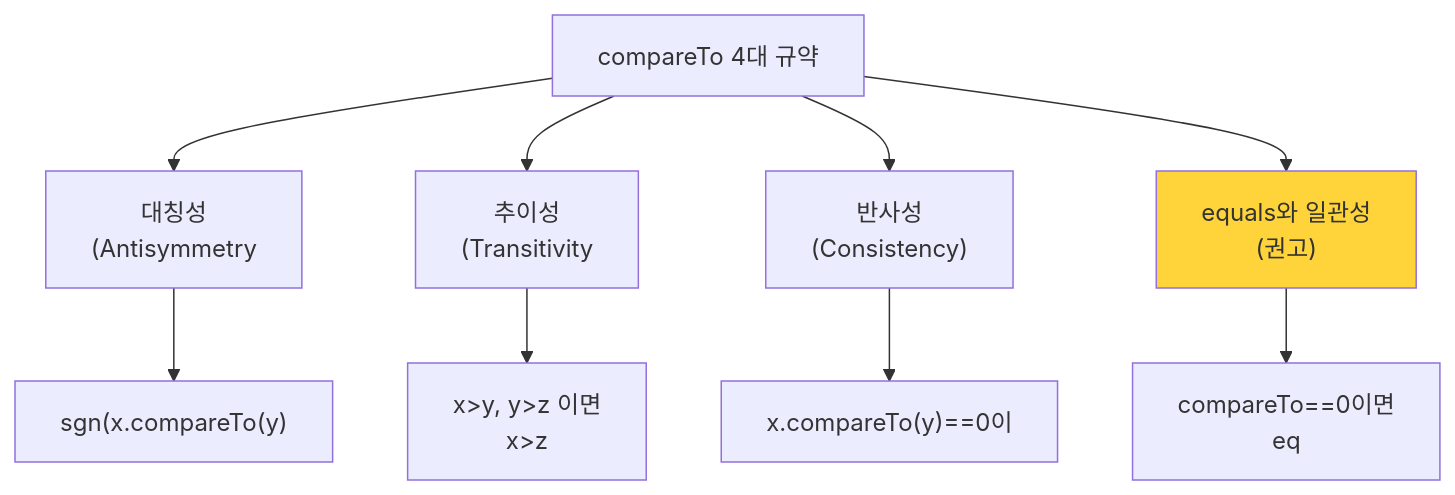
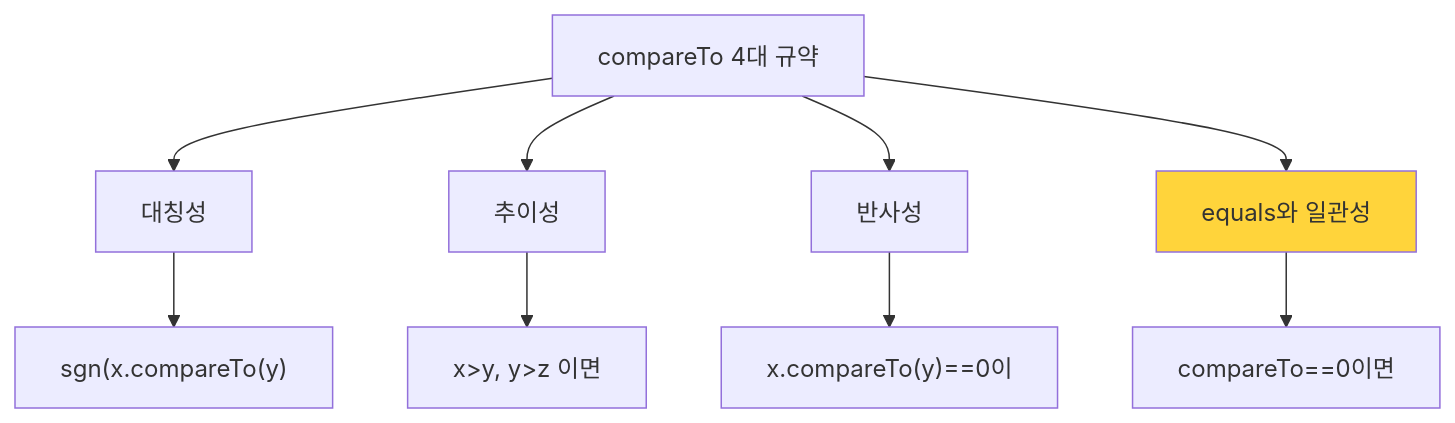
The first of 2 diagrams in _posts/java/2021-12-28-effective-java14.md (yjkim2015/yjkim2015.github.io), drawn with Mermaid before and after one commit. The commit also changed other lines of this file and 217 other files, not shown here.

First line of the commit message:
Mermaid 크기 수정: useMaxWidth:true + SVG max-width:100% + 라벨 축소

````diff
--- a/_posts/java/2021-12-28-effective-java14.md
+++ b/_posts/java/2021-12-28-effective-java14.md
@@ -46,12 +46,12 @@
 ```mermaid
 graph TD
-    A["compareTo 4대 규약"] --> B["대칭성\n(Antisymmetry"]
-    A --> C["추이성\n(Transitivity"]
-    A --> D["반사성\n(Consistency)"]
-    A --> E["equals와 일관성\n(권고)"]
+    A["compareTo 4대 규약"] --> B["대칭성"]
+    A --> C["추이성"]
+    A --> D["반사성"]
+    A --> E["equals와 일관성"]
     B --> B1["sgn(x.compareTo(y)"]
-    C --> C1["x>y, y>z 이면\nx>z"]
+    C --> C1["x>y, y>z 이면"]
     D --> D1["x.compareTo(y)==0이"]
-    E --> E1["compareTo==0이면\neq"]
+    E --> E1["compareTo==0이면"]
     style E fill:#ffd43b
 ```
````
